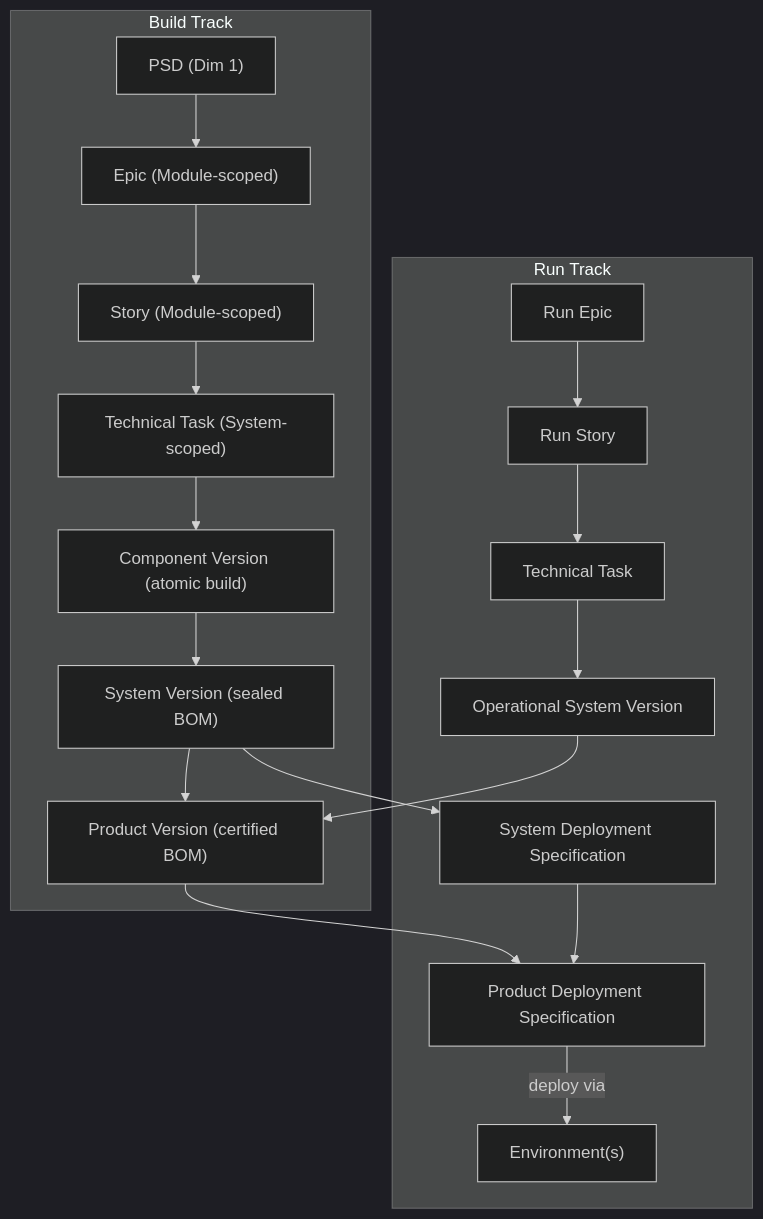
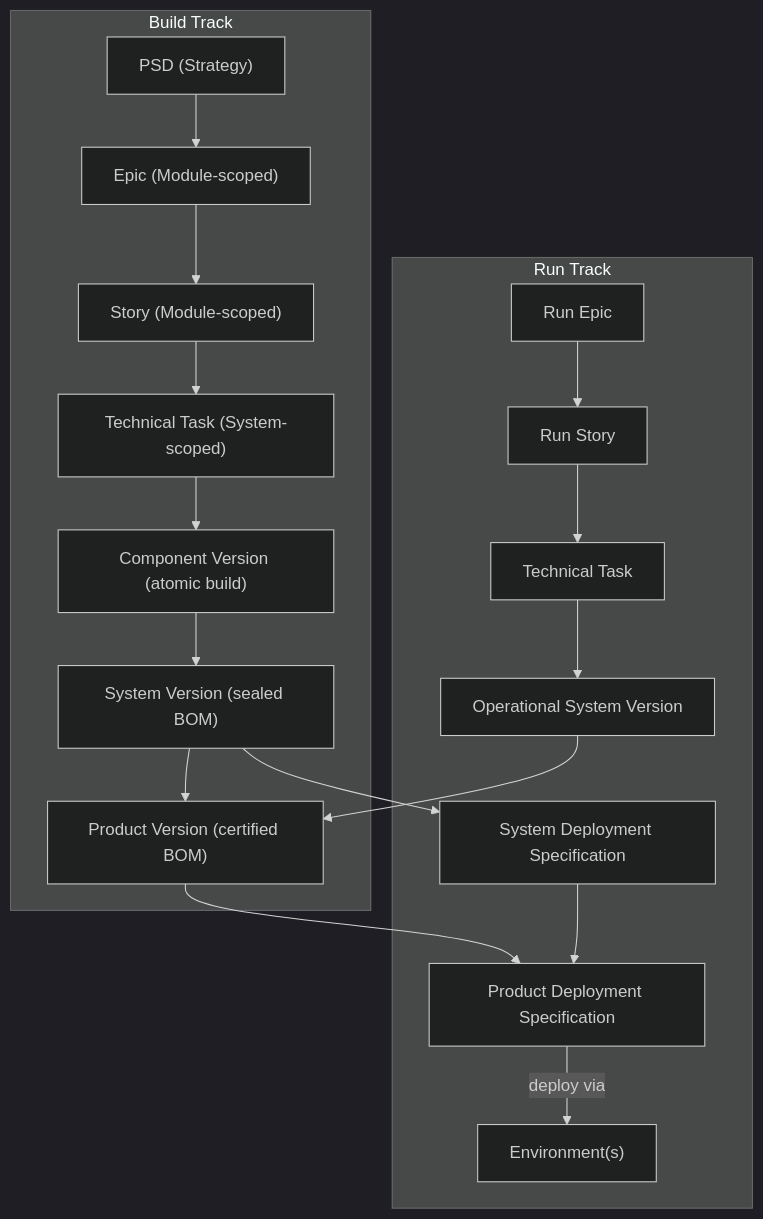
The first of 7 diagrams in foundry/product-information-model/draft-diagrams.md (gramki/temp-website), drawn with Mermaid (dark theme) before and after one commit. The commit also changed other lines of this file and 6 other files, not shown here.

````diff
--- a/foundry/product-information-model/draft-diagrams.md
+++ b/foundry/product-information-model/draft-diagrams.md
@@ -29,21 +29,21 @@
 ```mermaid
 flowchart TD
     subgraph BuildTrack [Build Track]
-        PSD["PSD (Dim 1)"] --> Epic["Epic (Module-scoped)"]
+        PSD["PSD (Strategy)"] --> Epic["Epic (Module-scoped)"]
         Epic --> Story["Story (Module-scoped)"]
         Story --> TechTask["Technical Task (System-scoped)"]
         TechTask --> CompVer["Component Version (atomic build)"]
         CompVer --> SysVer["System Version (sealed BOM)"]
         SysVer --> ProdVer["Product Version (certified BOM)"]
     end
     subgraph RunTrack [Run Track]
         RunEpic["Run Epic"] --> RunStory["Run Story"]
         RunStory --> RunTask["Technical Task"]
         RunTask --> OpsSysVer["Operational System Version"]
         OpsSysVer --> ProdVer
         SysVer --> SDS["System Deployment Specification"]
         ProdVer --> PDS["Product Deployment Specification"]
         SDS --> PDS
         PDS -->|"deploy via"| Env["Environment(s)"]
     end
 ```
````
